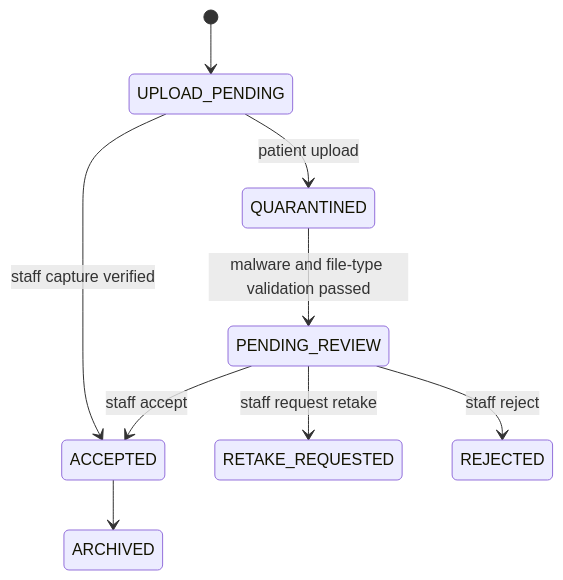
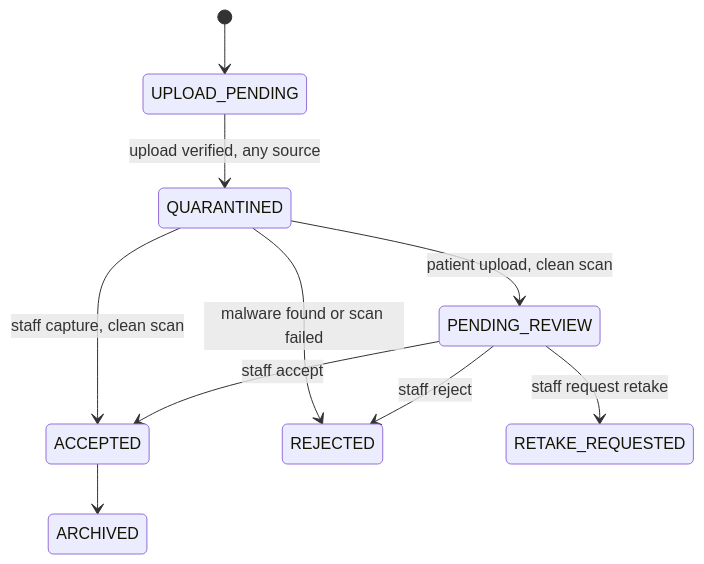
One commit to cgibson24/Aestara changed the fifth of 5 diagrams in docs/PHOTO_ARCHITECTURE.md. Above: the diagram before and after it, drawn with Mermaid. The commit also changed other lines of this file and 23 other files, not shown here.

````diff
--- a/docs/PHOTO_ARCHITECTURE.md
+++ b/docs/PHOTO_ARCHITECTURE.md
@@ -341,11 +344,12 @@
 ```mermaid
 stateDiagram-v2
   [*] --> UPLOAD_PENDING
-  UPLOAD_PENDING --> ACCEPTED: staff capture verified
-  UPLOAD_PENDING --> QUARANTINED: patient upload
-  QUARANTINED --> PENDING_REVIEW: malware and file-type validation passed
+  UPLOAD_PENDING --> QUARANTINED: upload verified, any source
+  QUARANTINED --> ACCEPTED: staff capture, clean scan
+  QUARANTINED --> REJECTED: malware found or scan failed
+  QUARANTINED --> PENDING_REVIEW: patient upload, clean scan
   PENDING_REVIEW --> ACCEPTED: staff accept
   PENDING_REVIEW --> RETAKE_REQUESTED: staff request retake
   PENDING_REVIEW --> REJECTED: staff reject
   ACCEPTED --> ARCHIVED
 ```
````
